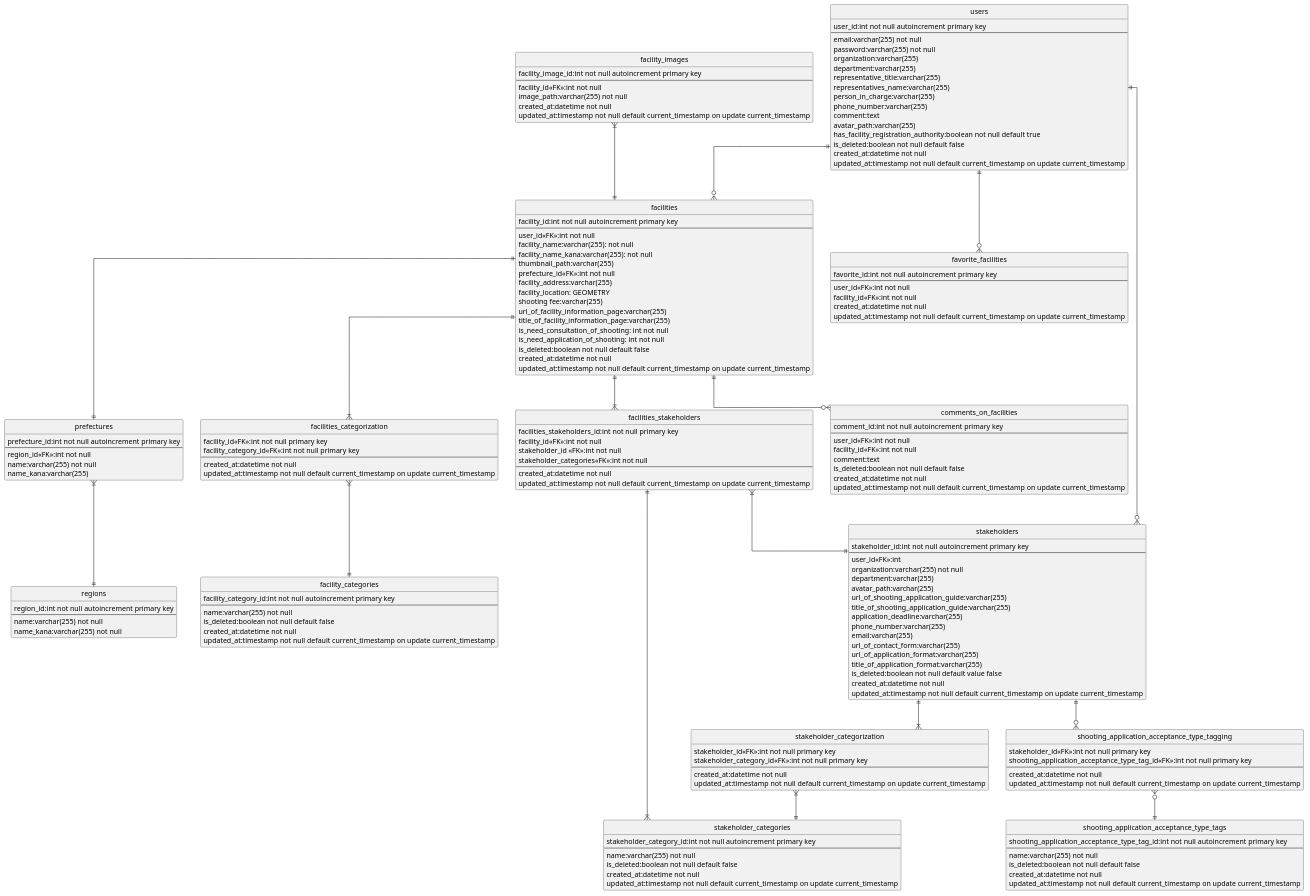
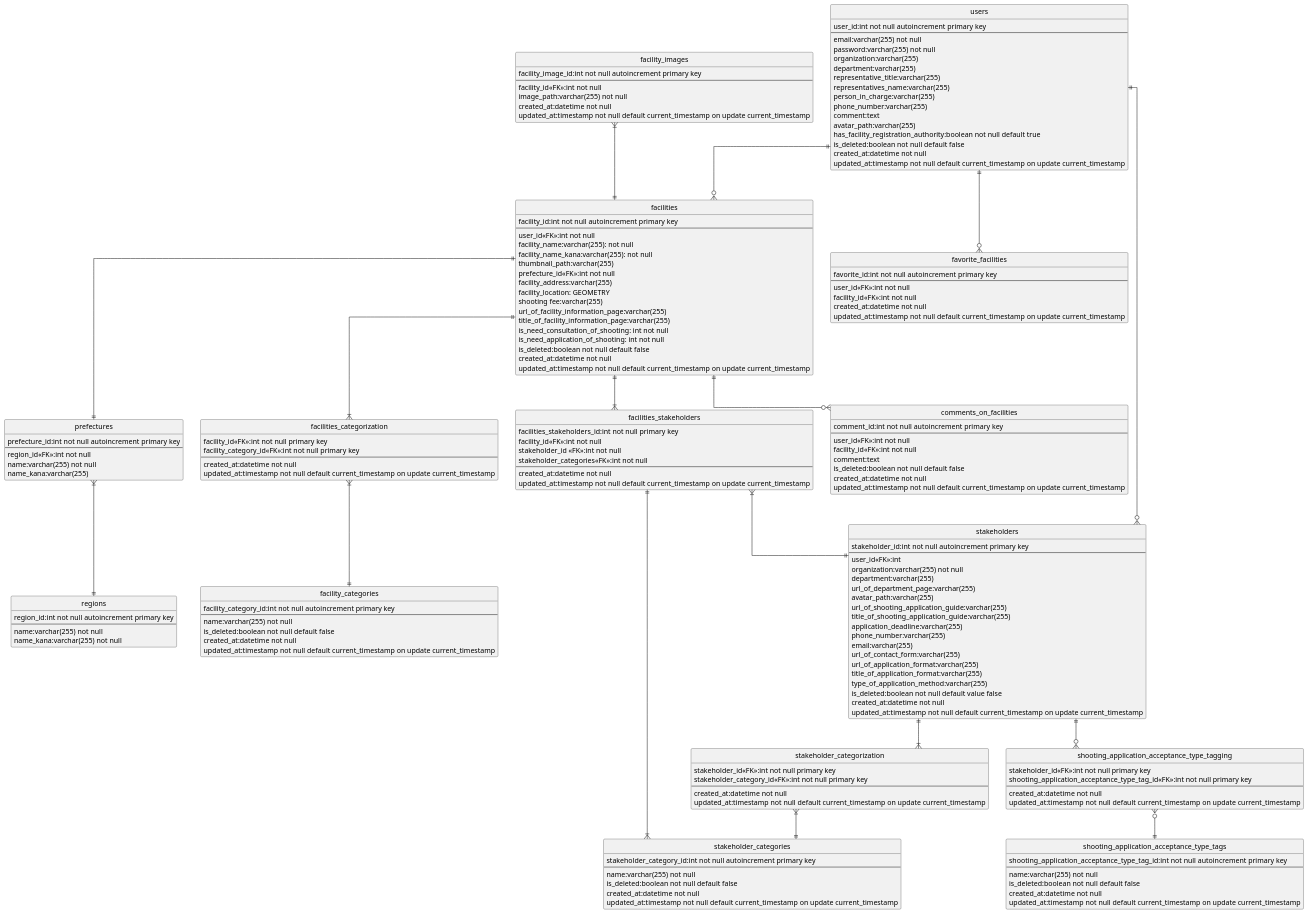
One commit to mitchy-dev/facility_shooting_permission_application changed the diagram in erDiagram.puml. Above: the diagram before and after it, drawn with PlantUML.

Commit message:
ER図：相談・申請先のテーブルにHPのURLのカラムと申請方法のカラムを追加

```diff
--- a/erDiagram.puml
+++ b/erDiagram.puml
@@ -1,195 +1,197 @@
 @startuml kaigan-loca
 ' hide the spot
 hide circle
 
 ' avoid problems with angled crows feet
 skinparam linetype ortho
 
 
 entity "users" as users {
   user_id:int not null autoincrement primary key
   --
   email:varchar(255) not null
   password:varchar(255) not null
   organization:varchar(255)
   department:varchar(255)
   representative_title:varchar(255)
   representatives_name:varchar(255)
   person_in_charge:varchar(255)
   phone_number:varchar(255)
   comment:text
   avatar_path:varchar(255)
   has_facility_registration_authority:boolean not null default true
   is_deleted:boolean not null default false
   created_at:datetime not null
   updated_at:timestamp not null default current_timestamp on update current_timestamp
 }
 
 entity "facilities" as facilities {
   facility_id:int not null autoincrement primary key
   --
   user_id<<FK>>:int not null
   facility_name:varchar(255): not null
   facility_name_kana:varchar(255): not null
   thumbnail_path:varchar(255)
   prefecture_id<<FK>>:int not null
   facility_address:varchar(255)
   facility_location: GEOMETRY
   shooting fee:varchar(255)
   url_of_facility_information_page:varchar(255)
   title_of_facility_information_page:varchar(255)
   is_need_consultation_of_shooting: int not null
   is_need_application_of_shooting: int not null
   is_deleted:boolean not null default false
   created_at:datetime not null
   updated_at:timestamp not null default current_timestamp on update current_timestamp
 }
 
 entity "stakeholders" as stakeholders {
   stakeholder_id:int not null autoincrement primary key
   --
   user_id<<FK>>:int
   organization:varchar(255) not null
   department:varchar(255)
+  url_of_department_page:varchar(255)
   avatar_path:varchar(255)
   url_of_shooting_application_guide:varchar(255)
   title_of_shooting_application_guide:varchar(255)
   application_deadline:varchar(255)
   phone_number:varchar(255)
   email:varchar(255)
   url_of_contact_form:varchar(255)
   url_of_application_format:varchar(255)
   title_of_application_format:varchar(255)
+  type_of_application_method:varchar(255)
   is_deleted:boolean not null default value false
   created_at:datetime not null
   updated_at:timestamp not null default current_timestamp on update current_timestamp
 }
 
 entity "facility_images" as facility_images {
   facility_image_id:int not null autoincrement primary key
   --
   facility_id<<FK>>:int not null
   image_path:varchar(255) not null
   created_at:datetime not null
   updated_at:timestamp not null default current_timestamp on update current_timestamp
 }
 
 entity "comments_on_facilities" as comments_on_facilities {
   comment_id:int not null autoincrement primary key
   --
   user_id<<FK>>:int not null
   facility_id<<FK>>:int not null
   comment:text
   is_deleted:boolean not null default false
   created_at:datetime not null
   updated_at:timestamp not null default current_timestamp on update current_timestamp
 }
 
 entity "favorite_facilities" as favorite_facilities {
   favorite_id:int not null autoincrement primary key
   --
   user_id<<FK>>:int not null
   facility_id<<FK>>:int not null
   created_at:datetime not null
   updated_at:timestamp not null default current_timestamp on update current_timestamp
 }
 
 'マスタデータ
 entity "regions" as regions {
   region_id:int not null autoincrement primary key
   --
   name:varchar(255) not null
   name_kana:varchar(255) not null
 }
 entity "prefectures" as prefectures {
   prefecture_id:int not null autoincrement primary key
   --
   region_id<<FK>>:int not null
   name:varchar(255) not null
   name_kana:varchar(255)
 }
 
 entity "stakeholder_categories" as stakeholder_categories {
   stakeholder_category_id:int not null autoincrement primary key
   --
   name:varchar(255) not null
   is_deleted:boolean not null default false
   created_at:datetime not null
   updated_at:timestamp not null default current_timestamp on update current_timestamp
 }
 
 entity "shooting_application_acceptance_type_tags" as shooting_application_acceptance_type_tags {
   shooting_application_acceptance_type_tag_id:int not null autoincrement primary key
   --
   name:varchar(255) not null
   is_deleted:boolean not null default false
   created_at:datetime not null
   updated_at:timestamp not null default current_timestamp on update current_timestamp
 }
 
 entity "facility_categories" as facility_categories {
   facility_category_id:int not null autoincrement primary key
   --
   name:varchar(255) not null
   is_deleted:boolean not null default false
   created_at:datetime not null
   updated_at:timestamp not null default current_timestamp on update current_timestamp
 }
 
 
 '交差テーブル
 entity "facilities_categorization" as facilities_categorization {
   facility_id<<FK>>:int not null primary key
   facility_category_id<<FK>>:int not null primary key
   --
   created_at:datetime not null
   updated_at:timestamp not null default current_timestamp on update current_timestamp
 }
 
 entity "facilities_stakeholders" as facilities_stakeholders {
   facilities_stakeholders_id:int not null primary key
   facility_id<<FK>>:int not null
   stakeholder_id <<FK>>:int not null
   stakeholder_categories<<FK>>:int not null
   --
   created_at:datetime not null
   updated_at:timestamp not null default current_timestamp on update current_timestamp
 }
 
 entity "stakeholder_categorization" as stakeholder_categorization {
   stakeholder_id<<FK>>:int not null primary key
   stakeholder_category_id<<FK>>:int not null primary key
   --
   created_at:datetime not null
   updated_at:timestamp not null default current_timestamp on update current_timestamp
 }
 
 entity "shooting_application_acceptance_type_tagging" as shooting_application_acceptance_type_tagging {
   stakeholder_id<<FK>>:int not null primary key
   shooting_application_acceptance_type_tag_id<<FK>>:int not null primary key
   --
   created_at:datetime not null
   updated_at:timestamp not null default current_timestamp on update current_timestamp
 }
 'user
 users ||--o{ facilities
 users ||--o{ stakeholders
 users ||--o{ favorite_facilities
 'facilities
 facilities ||--|| prefectures
 prefectures }|--|| regions
 facility_images }|--|| facilities
 facilities ||--|{ facilities_categorization
 facilities_categorization }|--|| facility_categories
 facilities ||--|{ facilities_stakeholders
 facilities_stakeholders }|--|| stakeholders
 facilities ||--o{ comments_on_facilities
 'stakeholders
 stakeholders ||--|{ stakeholder_categorization
 stakeholder_categorization }|--|| stakeholder_categories
 stakeholders ||--o{ shooting_application_acceptance_type_tagging
 shooting_application_acceptance_type_tagging }o--|| shooting_application_acceptance_type_tags
 'facilities_stakeholders
 facilities_stakeholders ||--|{ stakeholder_categories
 
 @enduml
```
